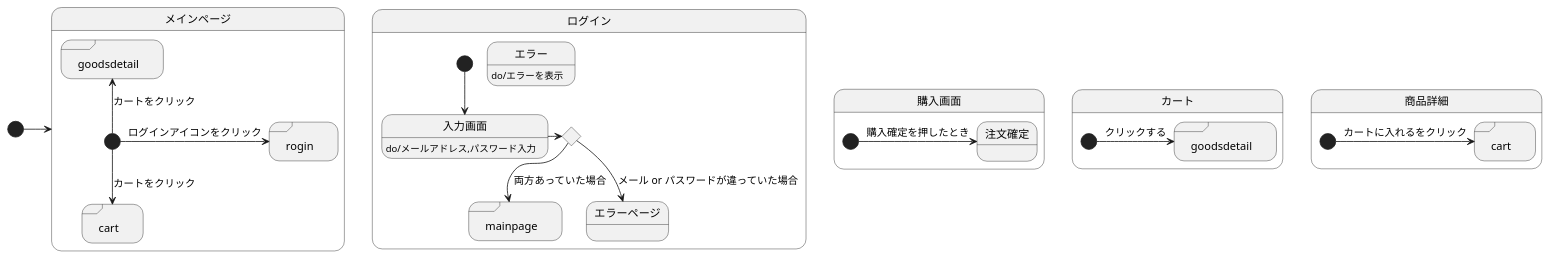
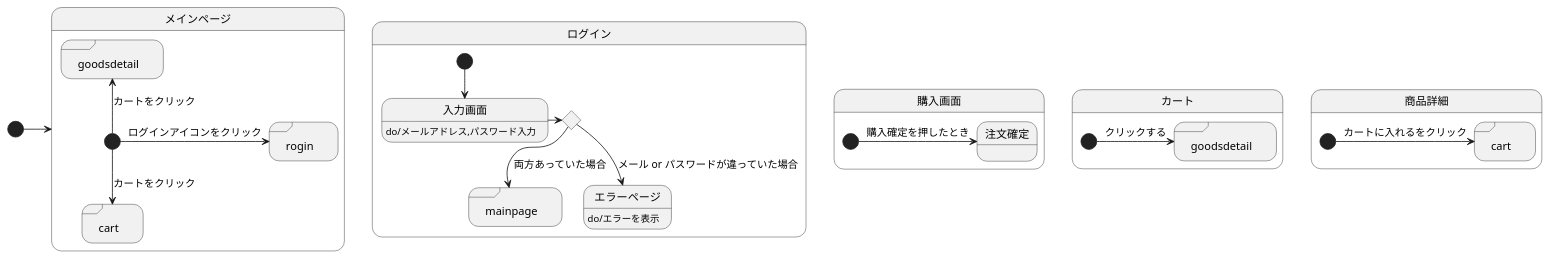
The diagram in UML.md (akutori/T-D-E), drawn with PlantUML before and after one commit.

````diff
--- a/UML.md
+++ b/UML.md
@@ -1,40 +1,42 @@
 ```uml
 @startuml
 [*]->メインページ
 state メインページ{
 state "rogin" <<sdlreceive>>
 state "cart" <<sdlreceive>>
 state "goodsdetail" <<sdlreceive>>
     [*]-> rogin :ログインアイコンをクリック
     [*]--> cart :カートをクリック
     [*]-up-> goodsdetail :カートをクリック
 }
 
 
 state ログイン{
+
 state input <<choice>>
 state "mainpage"<<sdlreceive>>
+
 入力画面:do/メールアドレス,パスワード入力
-エラー:do/エラーを表示
+エラーページ:do/エラーを表示
     [*]--> 入力画面
     入力画面->input
     input-->エラーページ:メール or パスワードが違っていた場合
     input-->mainpage : 両方あっていた場合
 
 }
 
 state 購入画面{
     [*]->注文確定 :購入確定を押したとき
 }
 
 state カート{
 state "goodsdetail" as goodsincart <<sdlreceive>>
     [*]->goodsincart :クリックする
 }
 state 商品詳細{
 state "cart" as detailincart <<sdlreceive>>
     [*]->detailincart :カートに入れるをクリック
 }
 
 @enduml
 ```
````
